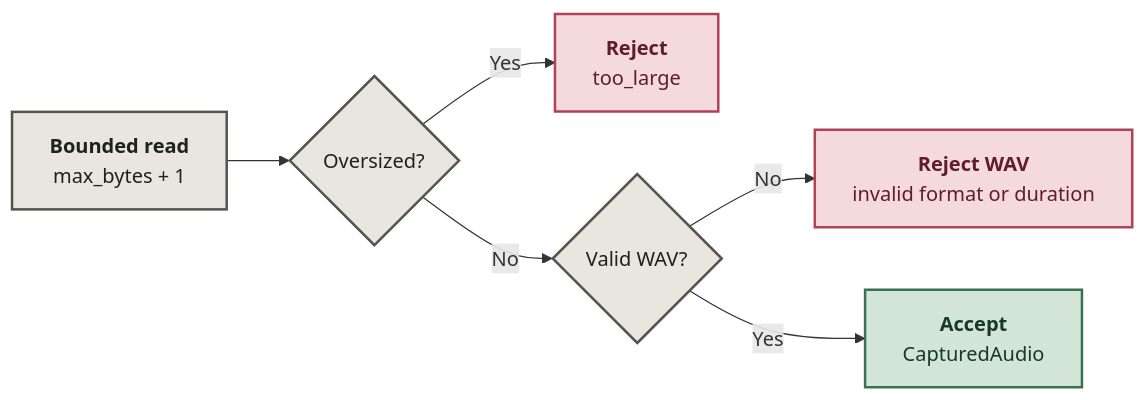
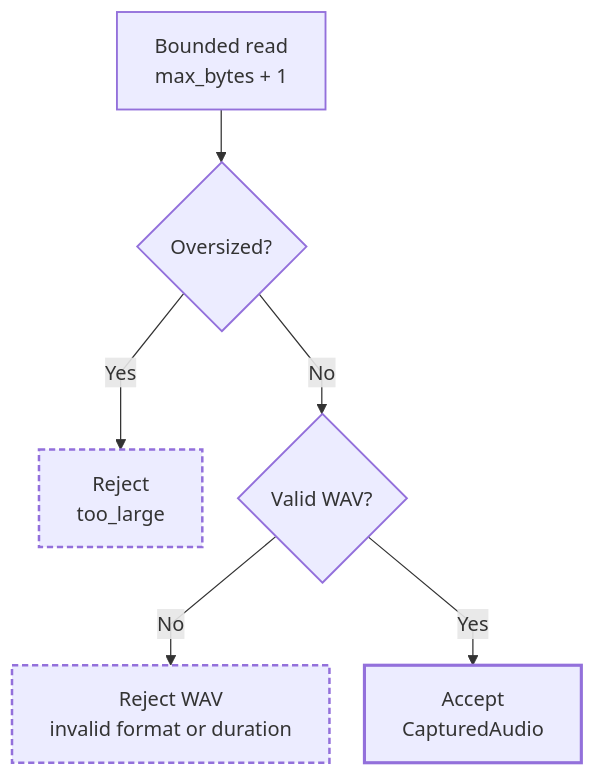
The first of 2 diagrams in README.md (Niyam-Paneru/voice-pipeline-guard), drawn with Mermaid before and after one commit. The commit also changed other lines of this file, not shown here.

Commit message:
Improve Mermaid layout and light-dark theme readability

````diff
--- a/README.md
+++ b/README.md
@@ -11,14 +11,23 @@
 ```mermaid
-flowchart LR
-    A["<b>Bounded read</b><br/>max_bytes + 1"] --> B{"Oversized?"}
-    B -- Yes --> R["<b>Reject</b><br/>too_large"]
+---
+config:
+  flowchart:
+    curve: linear
+    nodeSpacing: 28
+    rankSpacing: 42
+---
+flowchart TB
+    accTitle: Capture: accept only valid, bounded audio
+    accDescr: Decision flow for capture: accept only valid, bounded audio.
+    A["Bounded read<br/>max_bytes + 1"] --> B{"Oversized?"}
+    B -- Yes --> R["Reject<br/>too_large"]
     B -- No --> C{"Valid WAV?"}
-    C -- No --> X["<b>Reject WAV</b><br/>invalid format or duration"]
-    C -- Yes --> D["<b>Accept</b><br/>CapturedAudio"]
-    classDef input fill:#e8e6df,stroke:#55534a,color:#20201d,stroke-width:2px;
-    classDef pass fill:#d2e5d8,stroke:#38734d,color:#183923,stroke-width:2px;
-    classDef stop fill:#f4dadd,stroke:#b14253,color:#611c29,stroke-width:2px;
+    C -- No --> X["Reject WAV<br/>invalid format or duration"]
+    C -- Yes --> D["Accept<br/>CapturedAudio"]
+    classDef input stroke-width:1.5px;
+    classDef pass stroke-width:2.5px;
+    classDef stop stroke-width:2px,stroke-dasharray:5 3;
     class A,B,C input;
     class D pass;
     class R,X stop;
 ```
````
